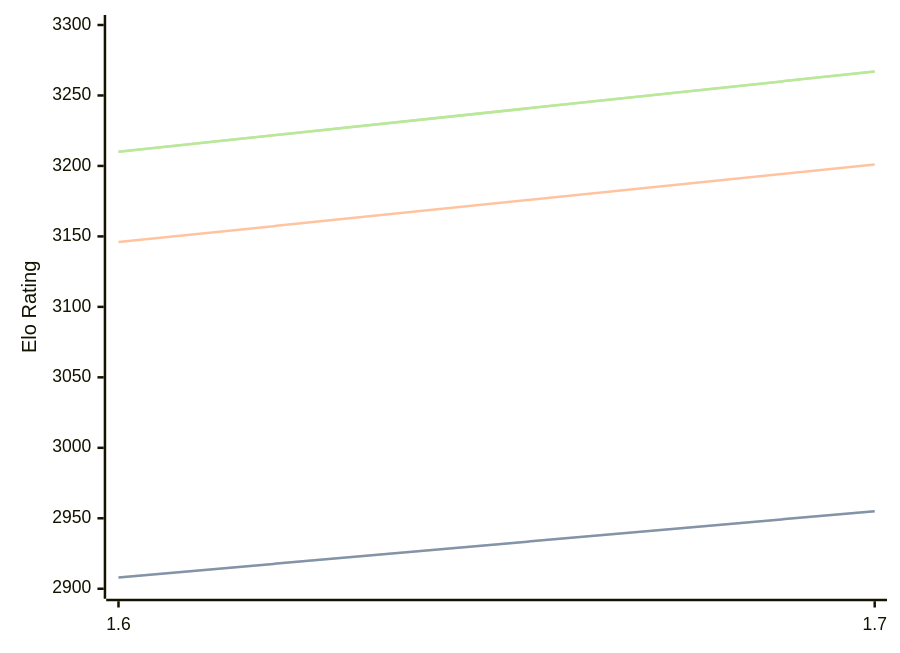
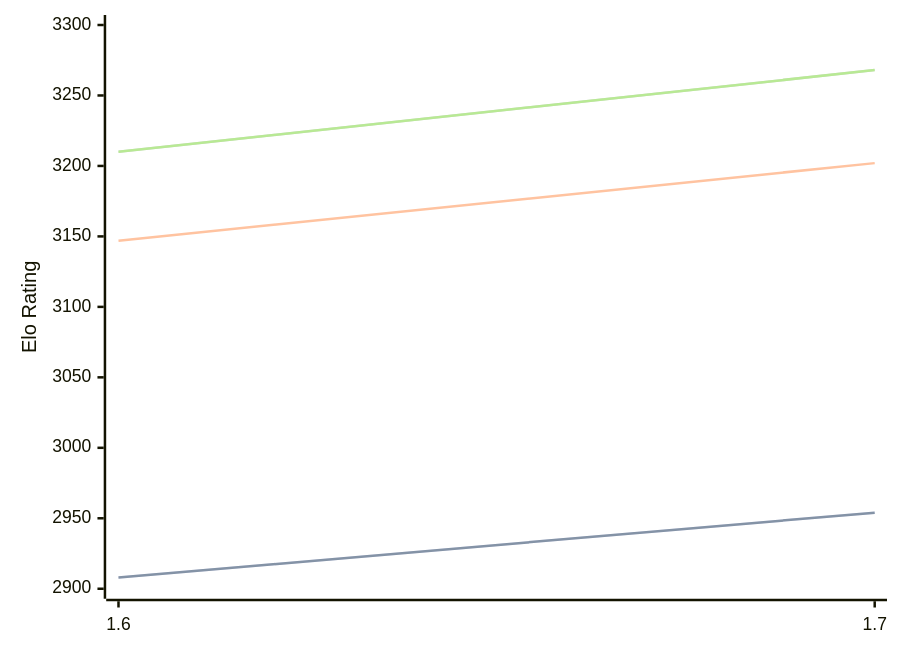
Before and after one commit to computer-chess-index/cci: the diagram in engines/Bitbit.md, drawn with Mermaid. The commit also changed other lines of this file, not shown here.

Commit message:
Update CCI Ratings (ELO VLTC) - 2026-09-16

````diff
--- a/engines/Bitbit.md
+++ b/engines/Bitbit.md
@@ -32,11 +32,11 @@
 ```mermaid
 %%{init: {"theme":"base","themeVariables":{"seriesColors:['#a3a3a3','#222221','#faa371']}}}%%
 xychart-beta
   x-axis ["1.6", "1.7"]
   y-axis "Elo Rating" 2900 --> 3300
-  line "" [2908, 2955]
-  line "STC (8.0+0.08s)" [2908, 2955]
-  line "LTC (60.0+0.60s)" [3146, 3201]
-  line "" [3210, 3267]
-  line "VLTC (2m24s+1.12s)" [3210, 3267]
+  line "" [2908, 2954]
+  line "STC (8.0+0.08s)" [2908, 2954]
+  line "LTC (60.0+0.60s)" [3147, 3202]
+  line "" [3210, 3268]
+  line "VLTC (2m24s+1.12s)" [3210, 3268]
 ```
````
